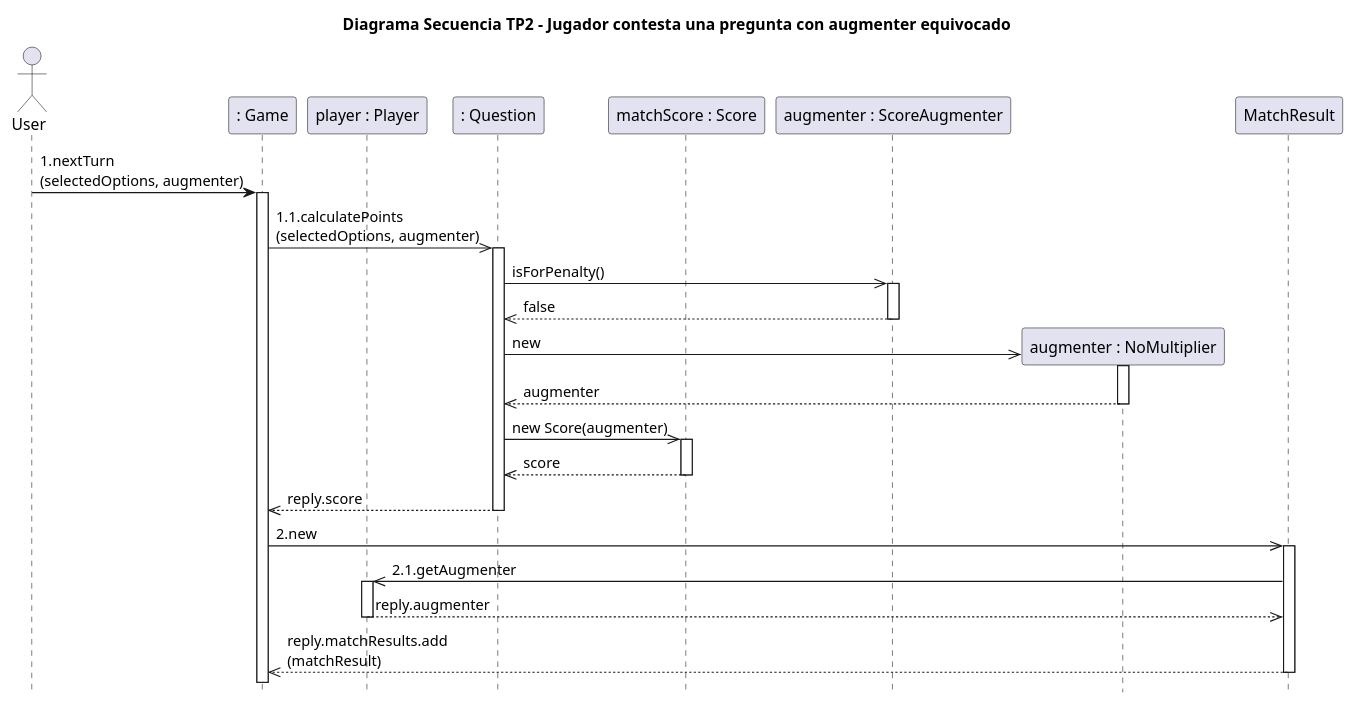
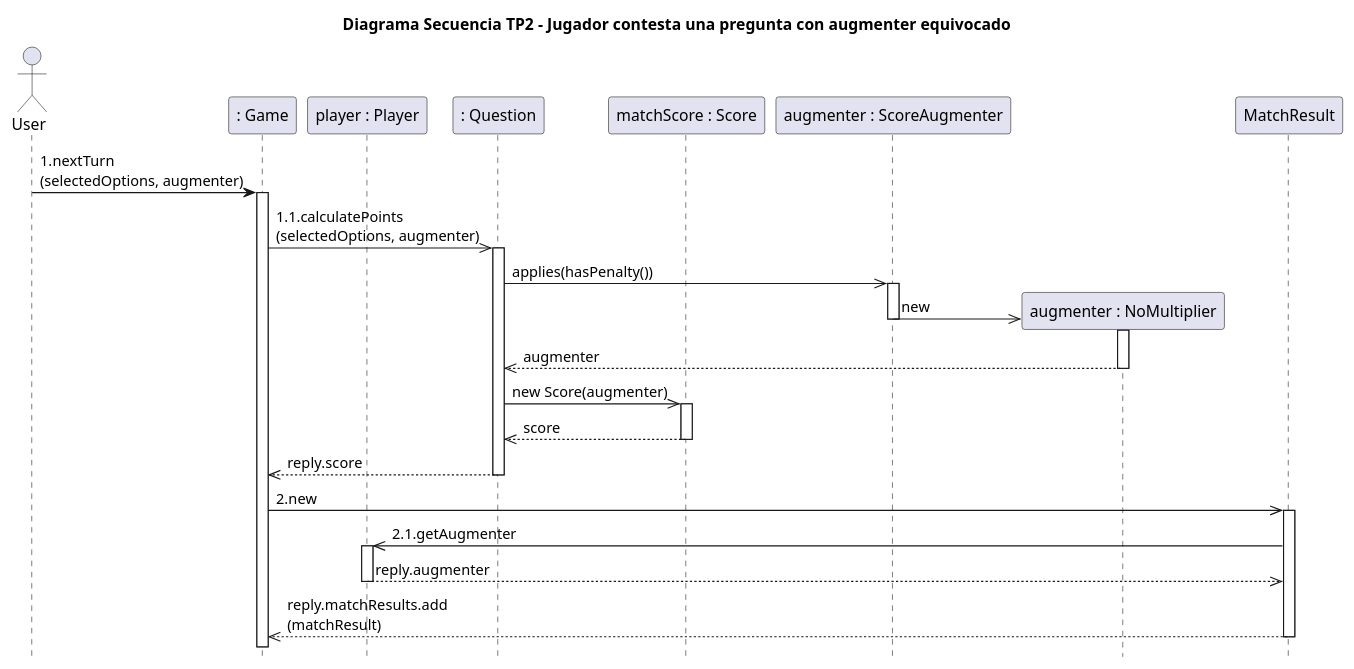
Before and after one commit to GEscandar/TP2-Kahoot: the diagram in docs/DiagramaSecuencia-ConestarPreguntaconAugmenterEquivocado.plantuml, drawn with PlantUML. The commit also changed 14 other files, not shown here.

Commit message:
Cambios en diagramas

```diff
--- a/docs/DiagramaSecuencia-ConestarPreguntaconAugmenterEquivocado.plantuml
+++ b/docs/DiagramaSecuencia-ConestarPreguntaconAugmenterEquivocado.plantuml
@@ -1,42 +1,41 @@
 @startuml
 
 actor User
 title Diagrama Secuencia TP2 - Jugador contesta una pregunta con augmenter equivocado
 hide footbox
 
 participant ": Game" as game
 participant "player : Player" as player
 participant ": Question" as question
 participant "matchScore : Score" as score
 participant "augmenter : ScoreAugmenter" as augmenter
 participant "augmenter : NoMultiplier" as noAugmenter
 
 
 User -> game:1.nextTurn\n(selectedOptions, augmenter)
 activate game
 game->>question:1.1.calculatePoints\n(selectedOptions, augmenter)
 activate question
-question ->> augmenter:isForPenalty()
+question ->> augmenter:applies(hasPenalty())
 activate augmenter
-augmenter -->> question:false
+augmenter ->> noAugmenter **:new
 deactivate augmenter
-question ->> noAugmenter**:new
 activate noAugmenter
 noAugmenter -->> question:augmenter
 deactivate noAugmenter
 question ->> score:new Score(augmenter)
 activate score
 score -->> question:score
 deactivate score
 question -->>game:reply.score
 deactivate question
 game->>MatchResult:2.new
 activate MatchResult
 MatchResult->>player:2.1.getAugmenter
 activate player
 player-->>MatchResult:reply.augmenter
 deactivate player
 MatchResult-->>game:reply.matchResults.add\n(matchResult)
 deactivate MatchResult
 
 @enduml
```
